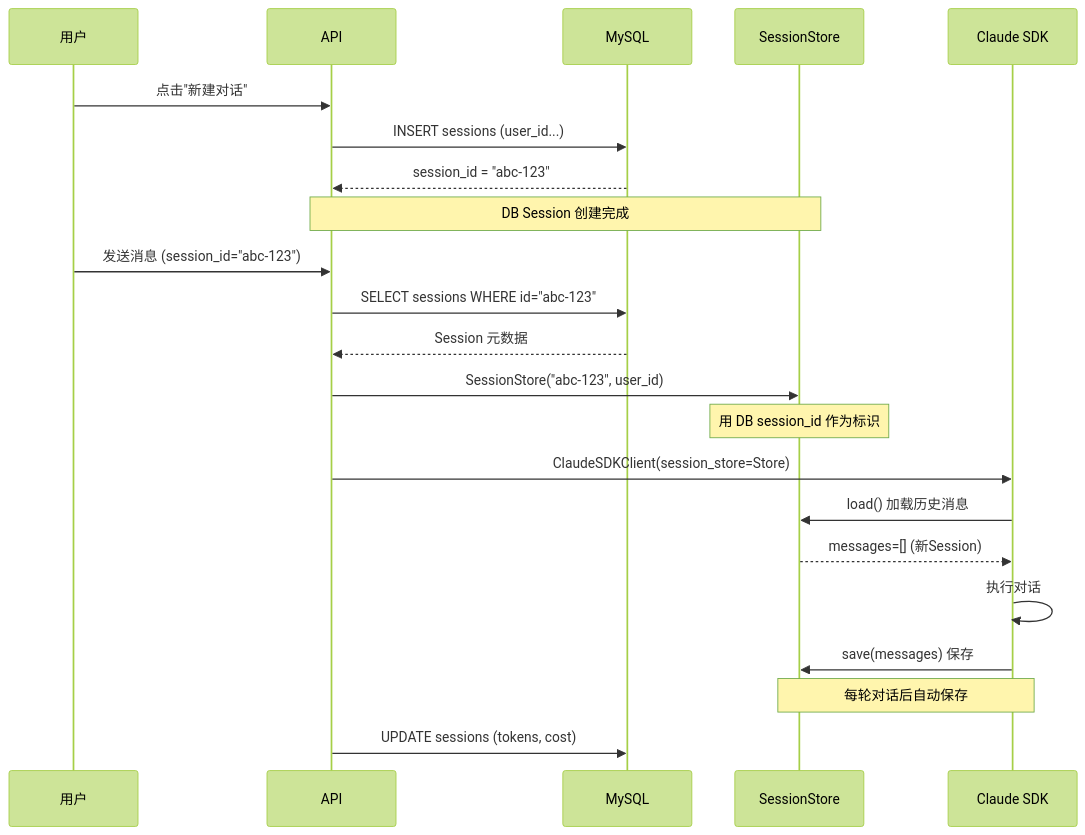
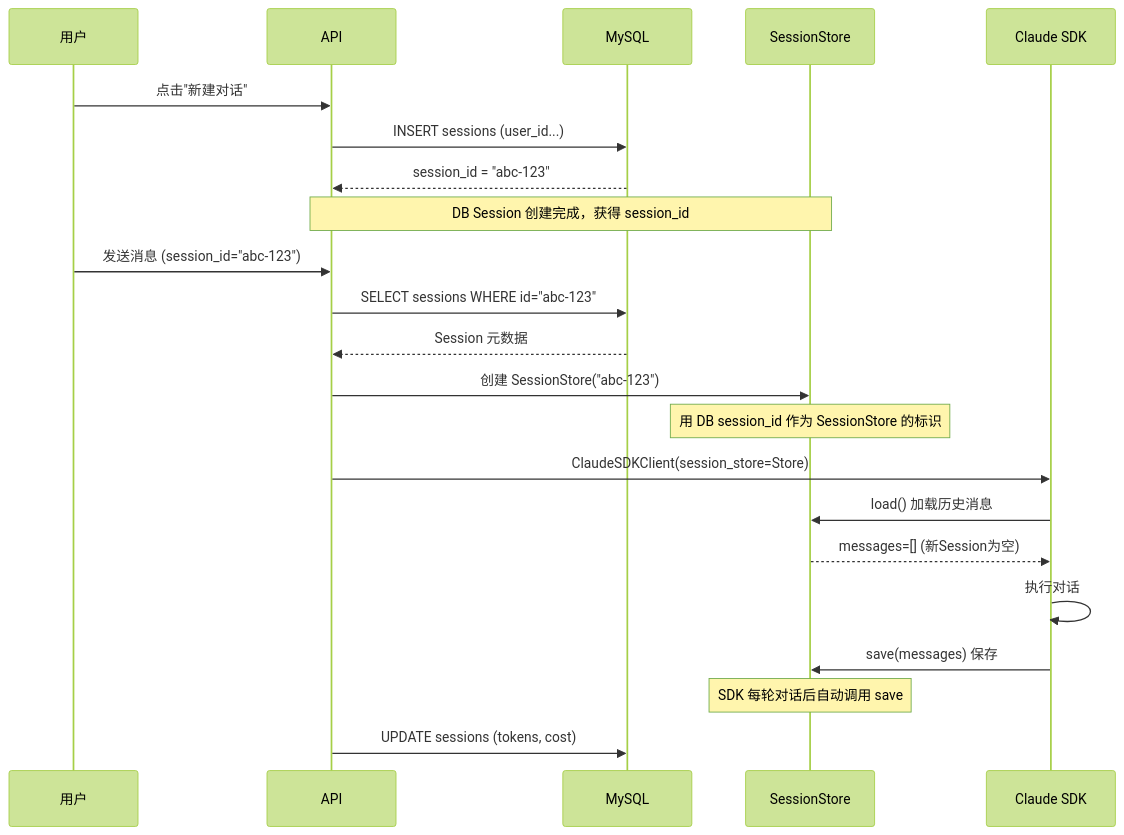
One commit to xiaocaipi/mm-doc changed the fifth of 8 diagrams in agent/agent_project_design.md. Above: the diagram before and after it, drawn with Mermaid (forest theme). The commit also changed other lines of this file, not shown here.

````diff
--- a/agent/agent_project_design.md
+++ b/agent/agent_project_design.md
@@ -350,32 +470,32 @@
 ```mermaid
 sequenceDiagram
     participant User as 用户
     participant API as API
     participant DB as MySQL
     participant Store as SessionStore
     participant SDK as Claude SDK
 
     User->>API: 点击"新建对话"
     API->>DB: INSERT sessions (user_id...)
     DB-->>API: session_id = "abc-123"
     
-    Note over API,Store: DB Session 创建完成
+    Note over API,Store: DB Session 创建完成，获得 session_id
 
     User->>API: 发送消息 (session_id="abc-123")
     API->>DB: SELECT sessions WHERE id="abc-123"
     DB-->>API: Session 元数据
     
-    API->>Store: SessionStore("abc-123", user_id)
-    Note over Store: 用 DB session_id 作为标识
+    API->>Store: 创建 SessionStore("abc-123")
+    Note over Store: 用 DB session_id 作为 SessionStore 的标识
     
     API->>SDK: ClaudeSDKClient(session_store=Store)
     SDK->>Store: load() 加载历史消息
-    Store-->>SDK: messages=[] (新Session)
+    Store-->>SDK: messages=[] (新Session为空)
     
     SDK->>SDK: 执行对话
+    
     SDK->>Store: save(messages) 保存
-    
-    Note over Store,SDK: 每轮对话后自动保存
+    Note over Store: SDK 每轮对话后自动调用 save
     
     API->>DB: UPDATE sessions (tokens, cost)
 ```
````
